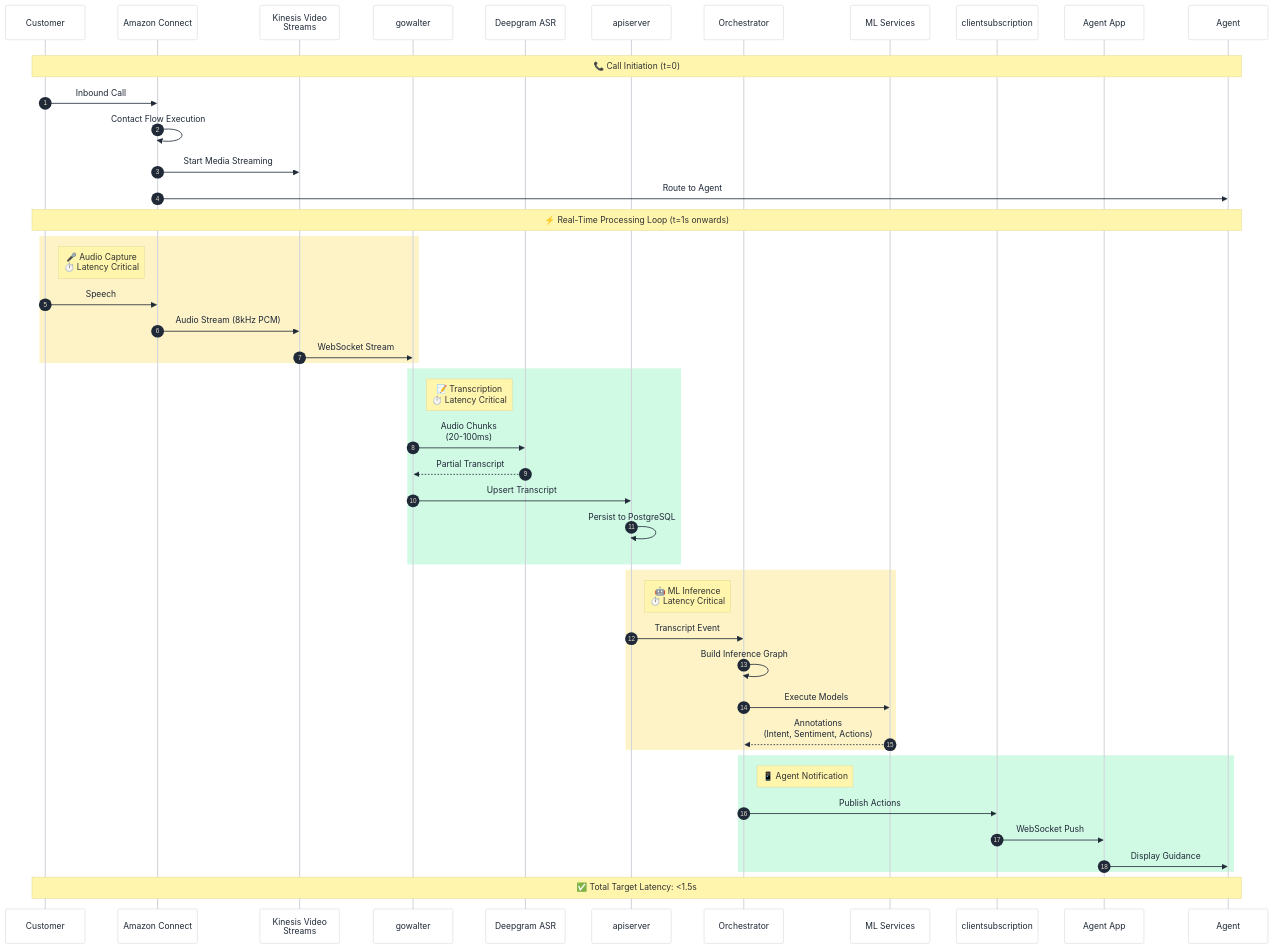
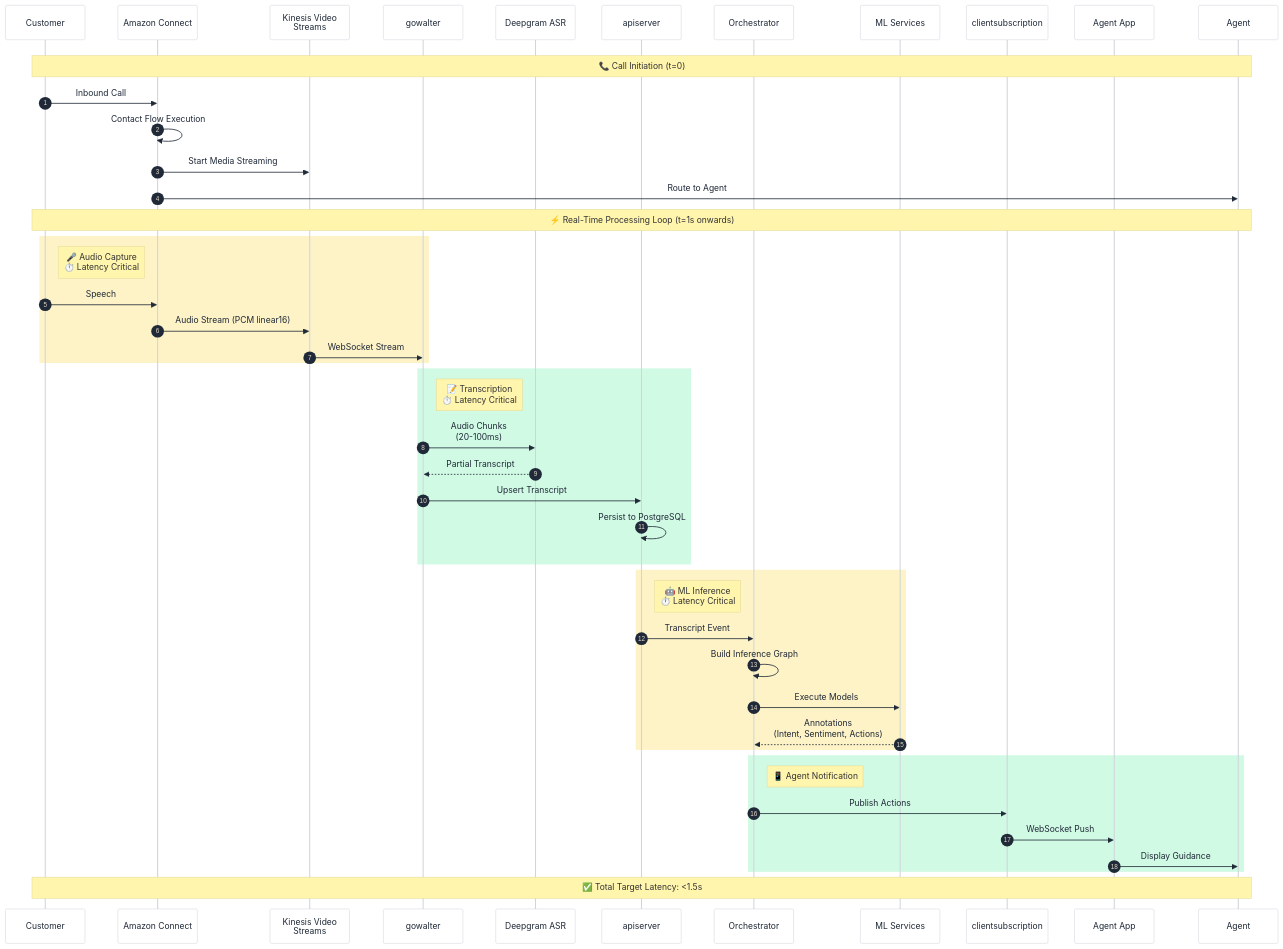
The first of 7 diagrams in 05-realtime-dataflow-sequences.md (ihorizon/doc-share), drawn with Mermaid before and after one commit. The commit also changed 13 other files, not shown here.

First line of the commit message:
Update documentation with Trust Center details, PCM linear16, PingFederate SSO, and create references.md

````diff
--- a/05-realtime-dataflow-sequences.md
+++ b/05-realtime-dataflow-sequences.md
@@ -14,58 +14,58 @@
 ```mermaid
 %%{init: {'theme':'base', 'themeVariables': { 'primaryColor':'#ffffff','primaryTextColor':'#1f2937','primaryBorderColor':'#d1d5db','lineColor':'#1f2937','secondaryColor':'#fcfcfd','tertiaryColor':'#f9fafb'}}}%%
 sequenceDiagram
     autonumber
     participant C as Customer
     participant AC as Amazon Connect
     participant KVS as Kinesis Video<br/>Streams
     participant GW as gowalter
     participant ASR as Deepgram ASR
     participant API as apiserver
     participant O as Orchestrator
     participant ML as ML Services
     participant CS as clientsubscription
     participant App as Agent App
     participant A as Agent
 
     rect rgb(255, 255, 255)
         Note over C,A: 📞 Call Initiation (t=0)
         C->>AC: Inbound Call
         AC->>AC: Contact Flow Execution
         AC->>KVS: Start Media Streaming
         AC->>A: Route to Agent
     end
 
     Note over C,A: ⚡ Real-Time Processing Loop (t=1s onwards)
     
     rect rgb(254, 243, 199)
         Note right of C: 🎤 Audio Capture<br/>⏱️ Latency Critical
         C->>AC: Speech
-        AC->>KVS: Audio Stream (8kHz PCM)
+        AC->>KVS: Audio Stream (PCM linear16)
         KVS->>GW: WebSocket Stream
     end
 
     rect rgb(209, 250, 229)
         Note right of GW: 📝 Transcription<br/>⏱️ Latency Critical
         GW->>ASR: Audio Chunks<br/>(20-100ms)
         ASR-->>GW: Partial Transcript
         GW->>API: Upsert Transcript
         API->>API: Persist to PostgreSQL
     end
 
     rect rgb(254, 243, 199)
         Note right of API: 🤖 ML Inference<br/>⏱️ Latency Critical
         API->>O: Transcript Event
         O->>O: Build Inference Graph
         O->>ML: Execute Models
         ML-->>O: Annotations<br/>(Intent, Sentiment, Actions)
     end
 
     rect rgb(209, 250, 229)
         Note right of O: 📱 Agent Notification
         O->>CS: Publish Actions
         CS->>App: WebSocket Push
         App->>A: Display Guidance
     end
 
     Note over C,A: ✅ Total Target Latency: <1.5s
 ```
````
